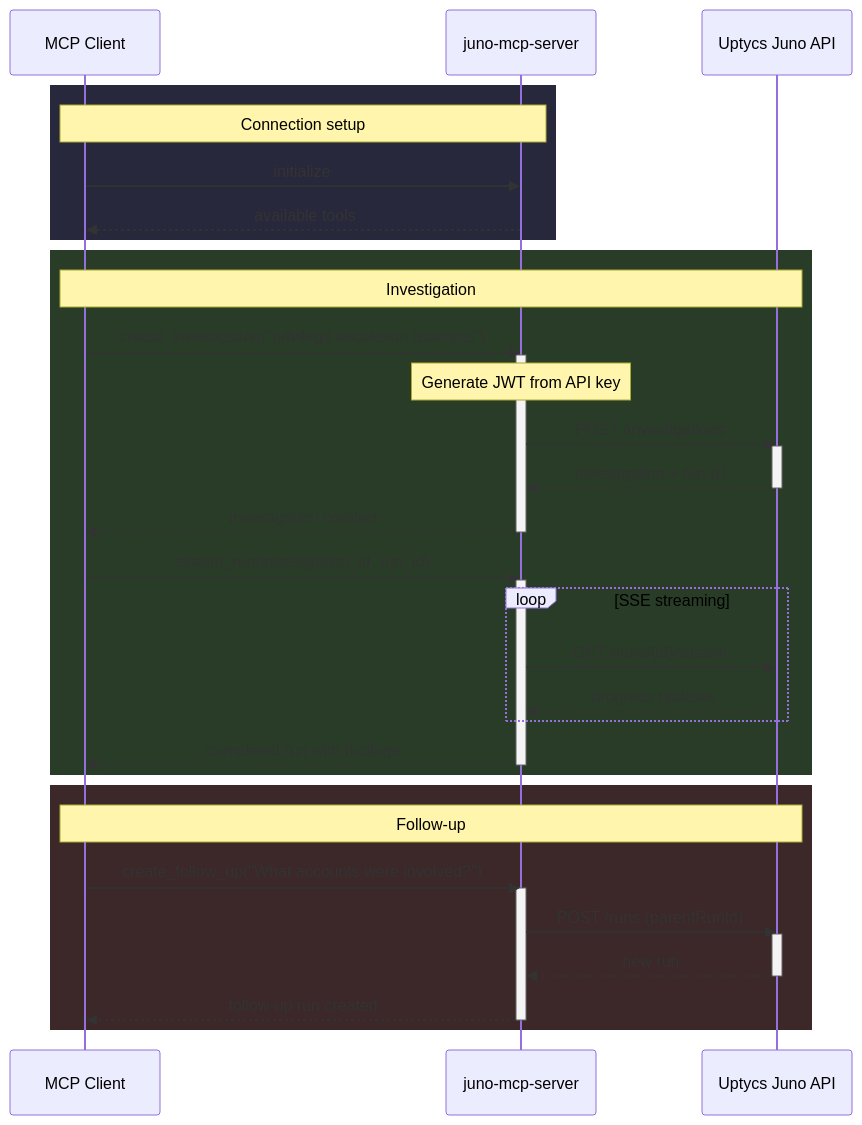
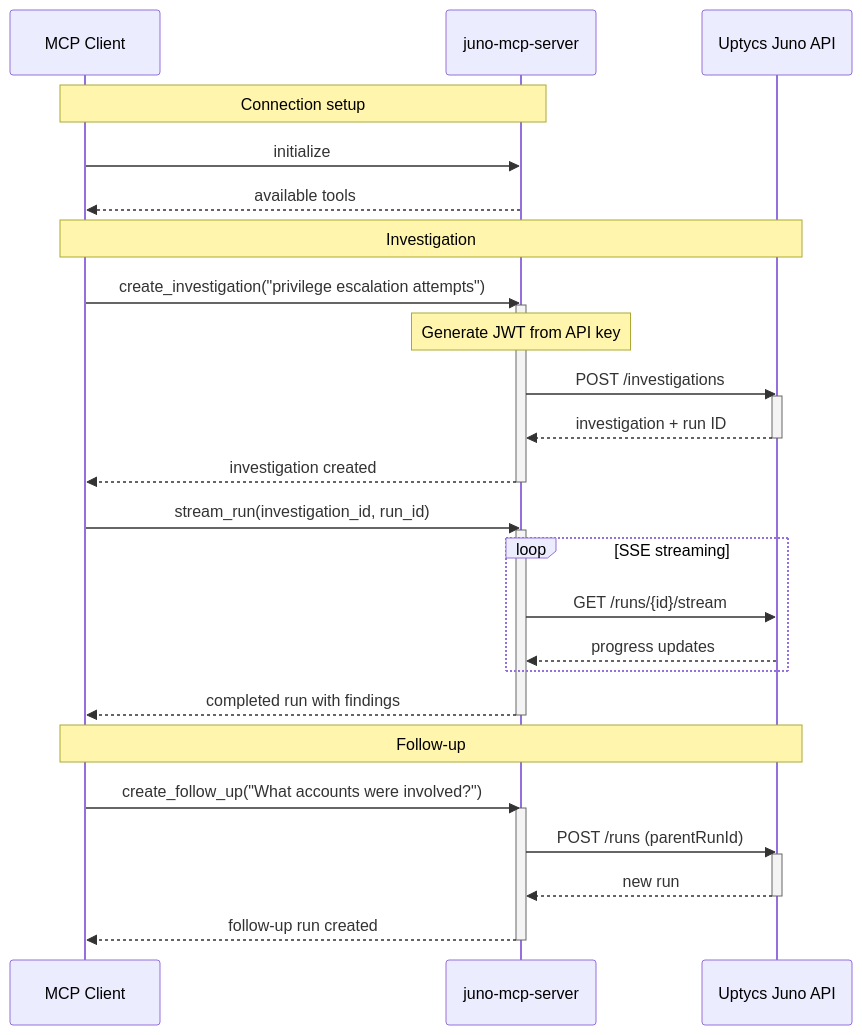
One commit to uptycslabs/juno-mcp-server changed the second of 2 diagrams in README.md. Above: the diagram before and after it, drawn with Mermaid. The commit also changed other lines of this file and 11 other files, not shown here.

Commit message:
Simplify chart rendering and streamline codebase

````diff
--- a/README.md
+++ b/README.md
@@ -32,46 +32,40 @@
 ```mermaid
 sequenceDiagram
     participant Client as MCP Client
     participant Server as juno-mcp-server
     participant Juno as Uptycs Juno API
 
-    rect rgb(40, 40, 60)
     Note over Client,Server: Connection setup
     Client->>Server: initialize
     Server-->>Client: available tools
-    end
 
-    rect rgb(40, 60, 40)
     Note over Client,Juno: Investigation
     Client->>Server: create_investigation("privilege escalation attempts")
     activate Server
     Note over Server: Generate JWT from API key
     Server->>Juno: POST /investigations
     activate Juno
     Juno-->>Server: investigation + run ID
     deactivate Juno
     Server-->>Client: investigation created
     deactivate Server
 
     Client->>Server: stream_run(investigation_id, run_id)
     activate Server
     loop SSE streaming
         Server->>Juno: GET /runs/{id}/stream
         Juno-->>Server: progress updates
     end
     Server-->>Client: completed run with findings
     deactivate Server
-    end
 
-    rect rgb(60, 40, 40)
     Note over Client,Juno: Follow-up
     Client->>Server: create_follow_up("What accounts were involved?")
     activate Server
     Server->>Juno: POST /runs (parentRunId)
     activate Juno
     Juno-->>Server: new run
     deactivate Juno
     Server-->>Client: follow-up run created
     deactivate Server
-    end
 ```
````
